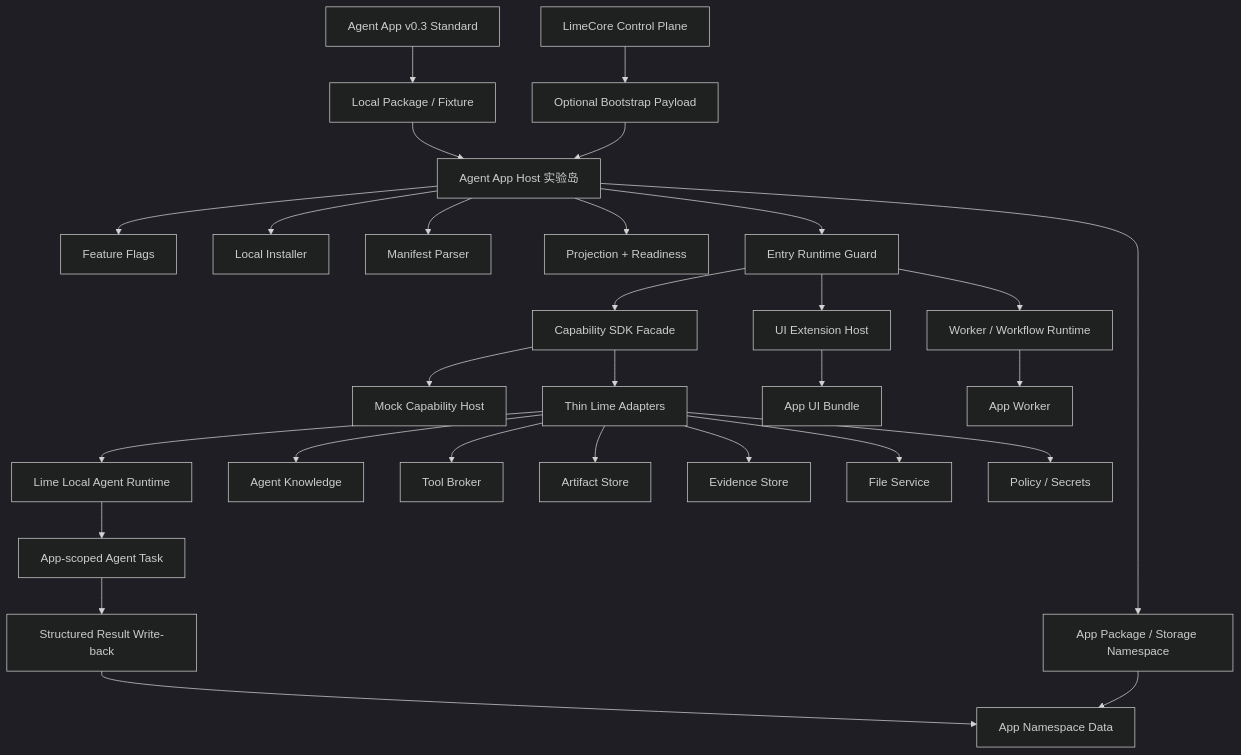
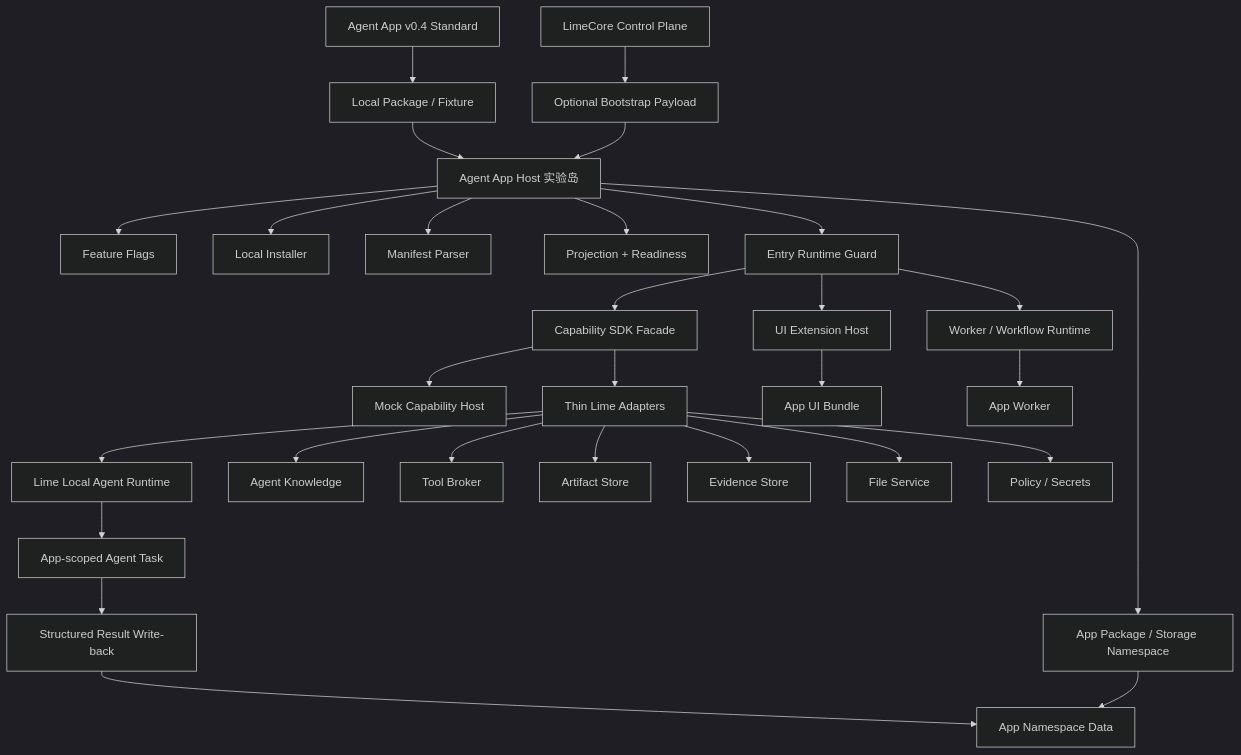
One commit to jiujuan/lime changed the first of 4 diagrams in docs/roadmap/agentapp/implementation-plan.md. Above: the diagram before and after it, drawn with Mermaid (dark theme). The commit also changed other lines of this file and 80 other files, not shown here.

````diff
--- a/docs/roadmap/agentapp/implementation-plan.md
+++ b/docs/roadmap/agentapp/implementation-plan.md
@@ -108,35 +108,35 @@
 ```mermaid
 flowchart TD
-  Standard[Agent App v0.3 Standard] --> Source[Local Package / Fixture]
+  Standard[Agent App v0.4 Standard] --> Source[Local Package / Fixture]
   Cloud[LimeCore Control Plane] --> Bootstrap[Optional Bootstrap Payload]
   Source --> Host[Agent App Host 实验岛]
   Bootstrap --> Host
 
   Host --> Flag[Feature Flags]
   Host --> Installer[Local Installer]
   Host --> Manifest[Manifest Parser]
   Host --> Projection[Projection + Readiness]
   Host --> Store[App Package / Storage Namespace]
   Host --> Guard[Entry Runtime Guard]
   Guard --> SDK[Capability SDK Facade]
   Guard --> UIHost[UI Extension Host]
   Guard --> Worker[Worker / Workflow Runtime]
 
   SDK --> Mock[Mock Capability Host]
   SDK --> Adapter[Thin Lime Adapters]
 
   Adapter --> Agent[Lime Local Agent Runtime]
   Adapter --> Knowledge[Agent Knowledge]
   Adapter --> Tools[Tool Broker]
   Adapter --> Artifacts[Artifact Store]
   Adapter --> Evidence[Evidence Store]
   Adapter --> Files[File Service]
   Adapter --> Policy[Policy / Secrets]
 
   UIHost --> AppUI[App UI Bundle]
   Worker --> AppWorker[App Worker]
   Agent --> Task[App-scoped Agent Task]
   Task --> Result[Structured Result Write-back]
   Result --> AppData
   Store --> AppData[App Namespace Data]
 ```
````
